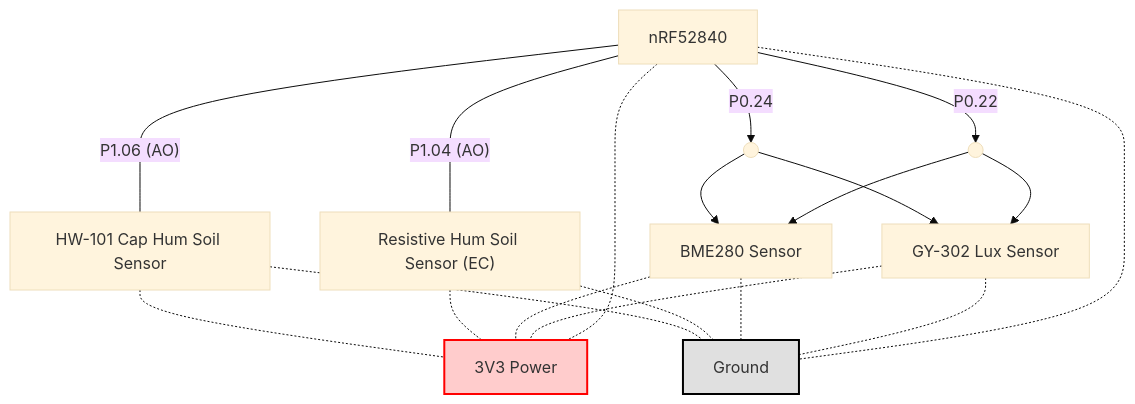
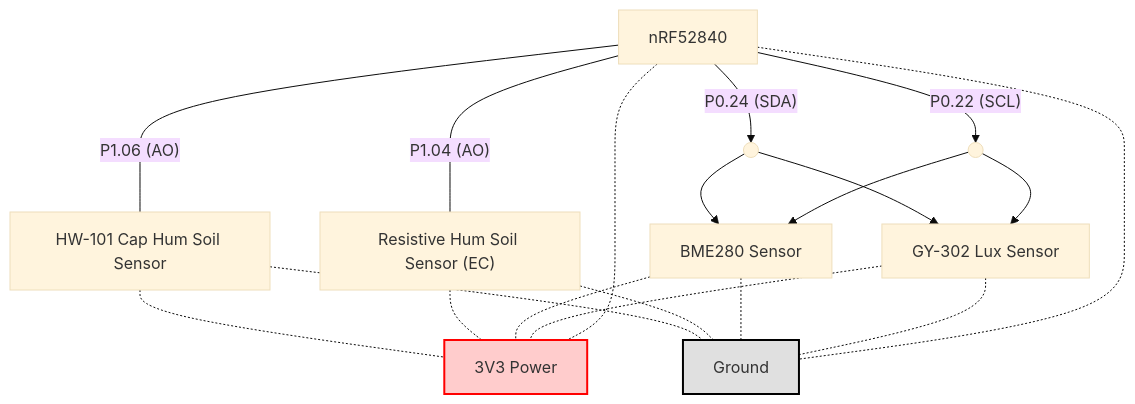
The diagram in docs/MVP_SETUP.md (EdenSync/sensor-hardware), drawn with Mermaid (base theme) before and after one commit.

Commit message:
add remark

````diff
--- a/docs/MVP_SETUP.md
+++ b/docs/MVP_SETUP.md
@@ -29,36 +29,36 @@
 ```mermaid
 flowchart TD
     NRF[nRF52840]
     HW_101[HW-101 Cap Hum Soil Sensor]
     RHS["Resistive Hum Soil Sensor (EC)"]
     BME280[BME280 Sensor]
     GY302[GY-302 Lux Sensor]
     SDA_SPLIT(( ))
     SCL_SPLIT(( ))
     PWR33[3V3 Power]
     GND[Ground]
 
     NRF -- P1.06 (AO) --- HW_101
     NRF -- P1.04 (AO) --- RHS
-    NRF -- P0.24 --> SDA_SPLIT
+    NRF -- P0.24 (SDA) --> SDA_SPLIT
     SDA_SPLIT --> BME280
     SDA_SPLIT --> GY302
-    NRF -- P0.22 --> SCL_SPLIT
+    NRF -- P0.22 (SCL) --> SCL_SPLIT
     SCL_SPLIT --> BME280
     SCL_SPLIT --> GY302
 
     HW_101 -.- PWR33
     RHS -.- PWR33
     BME280 -.- PWR33
     GY302 -.- PWR33
     NRF -.- PWR33
     
     HW_101 -.- GND
     RHS -.- GND
     BME280 -.- GND
     GY302 -.- GND
     NRF -.- GND
 
     style PWR33 fill:#ffcccc,stroke:#ff0000,stroke-width:2px
     style GND fill:#e0e0e0,stroke:#000000,stroke-width:2px
 ```
````
